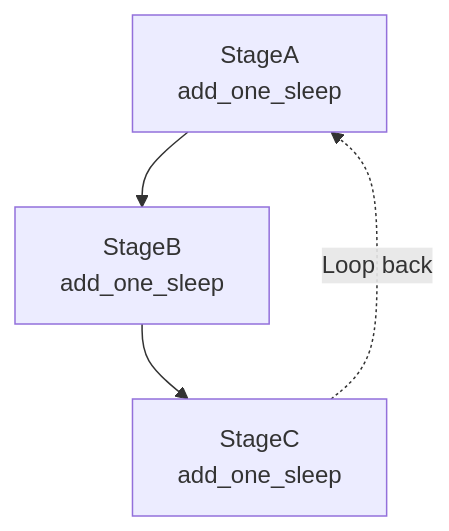
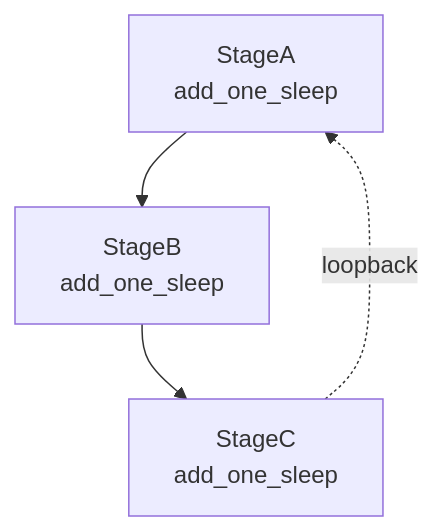
The seventh of 11 diagrams in docs/en/demo/demo_structure.md (Mr-xiaotian/CelestialFlow), drawn with Mermaid before and after one commit. The commit also changed other lines of this file and 278 other files, not shown here.

````diff
--- a/docs/en/demo/demo_structure.md
+++ b/docs/en/demo/demo_structure.md
@@ -158,6 +158,6 @@
 ```mermaid
 flowchart TD
     A["StageA<br/>add_one_sleep"] --> B["StageB<br/>add_one_sleep"]
     B --> C["StageC<br/>add_one_sleep"]
-    C -.->|Loop back| A
+    C -.->|loopback| A
 ```
````
